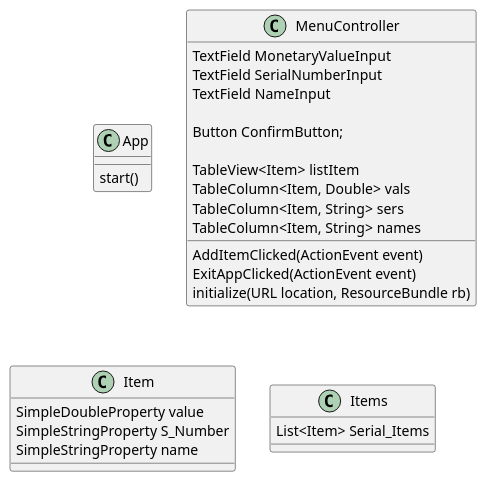
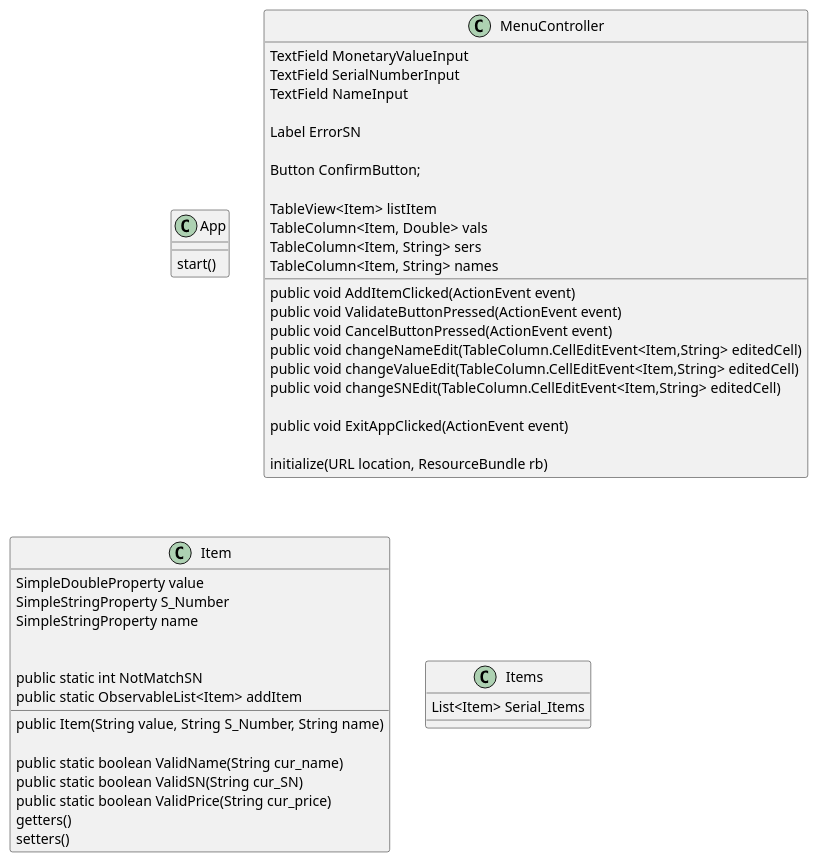
The diagram in PlantUML/assignment5.puml (AgentAttorney/Pekarski-0647-a5), drawn with PlantUML before and after one commit. The commit also changed 4 other files, not shown here.

Commit message:
Added features for editing, qualifications for valid items and unit tests for valid items as well as adding items. Updated Psuedocode and PlantUML diagrams. TODO: Unit Tests for Edits, Search by qualification, and Save/Load

```diff
--- a/PlantUML/assignment5.puml
+++ b/PlantUML/assignment5.puml
@@ -1,36 +1,56 @@
 @startuml
 'https://plantuml.com/sequence-diagram
 
 class App{
     start()
 }
 
 class MenuController{
 TextField MonetaryValueInput
 TextField SerialNumberInput
 TextField NameInput
 
+Label ErrorSN
+
 Button ConfirmButton;
 
 TableView<Item> listItem
 TableColumn<Item, Double> vals
 TableColumn<Item, String> sers
 TableColumn<Item, String> names
 
-AddItemClicked(ActionEvent event)
-ExitAppClicked(ActionEvent event)
+public void AddItemClicked(ActionEvent event)
+public void ValidateButtonPressed(ActionEvent event)
+public void CancelButtonPressed(ActionEvent event)
+public void changeNameEdit(TableColumn.CellEditEvent<Item,String> editedCell)
+public void changeValueEdit(TableColumn.CellEditEvent<Item,String> editedCell)
+public void changeSNEdit(TableColumn.CellEditEvent<Item,String> editedCell)
+
+public void ExitAppClicked(ActionEvent event)
+
 initialize(URL location, ResourceBundle rb)
 }
 
 class Item{
 SimpleDoubleProperty value
 SimpleStringProperty S_Number
 SimpleStringProperty name
+
+public Item(String value, String S_Number, String name)
+
+public static boolean ValidName(String cur_name)
+public static boolean ValidSN(String cur_SN)
+public static boolean ValidPrice(String cur_price)
+public static int NotMatchSN
+public static ObservableList<Item> addItem
+
+getters()
+setters()
 }
 
 class Items{
 List<Item> Serial_Items
 }
 
 
 @enduml
```
